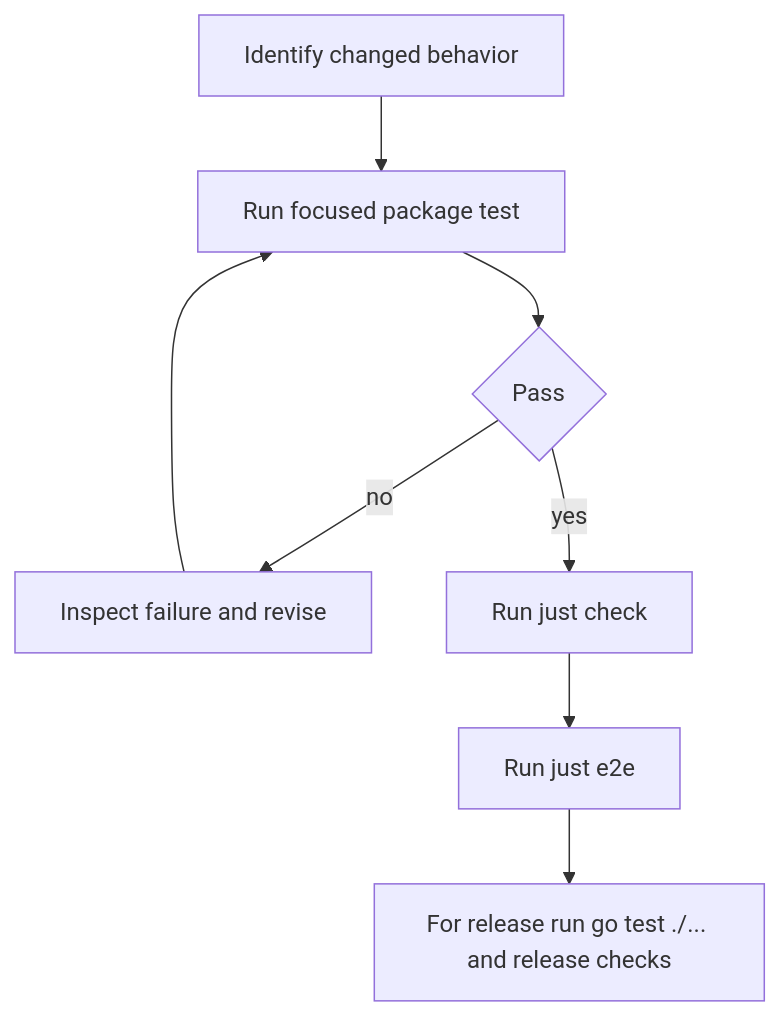
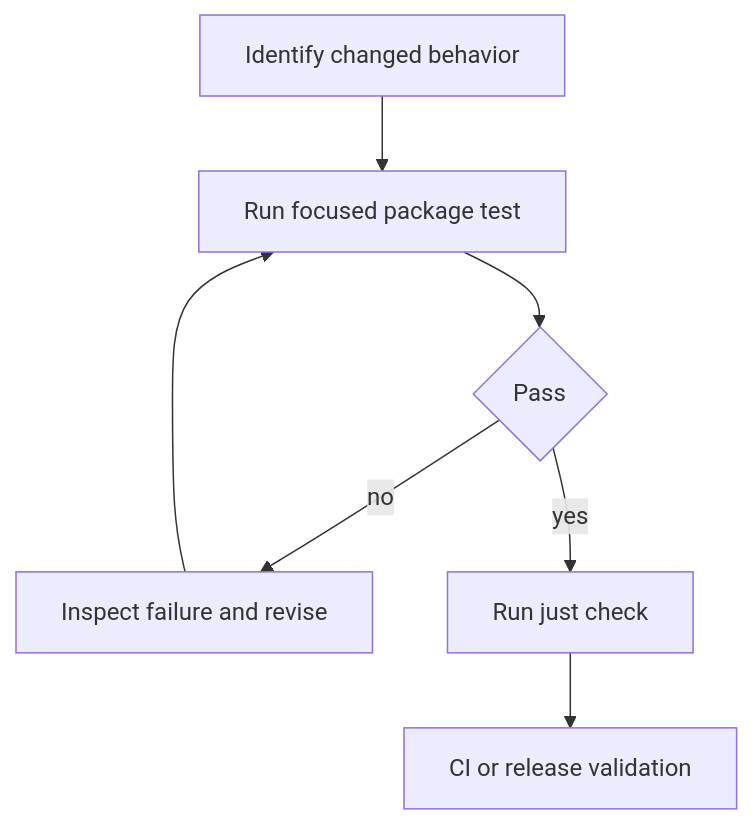
Before and after one commit to nicksenap/grove: the first of 2 diagrams in openwiki/testing.md, drawn with Mermaid. The commit also changed other lines of this file and 26 other files, not shown here.

First line of the commit message:
Prune dead code, make --verbose useful, and gate CI on just check (#124)

````diff
--- a/openwiki/testing.md
+++ b/openwiki/testing.md
@@ -51,10 +77,9 @@
 ```mermaid
 flowchart TD
-    changed["Identify changed behavior"] --> focused["Run focused package test"]
-    focused --> pass1{"Pass"}
-    pass1 -->|"no"| fix["Inspect failure and revise"]
+    change["Identify changed behavior"] --> focused["Run focused package test"]
+    focused --> decision{"Pass"}
+    decision -->|"no"| fix["Inspect failure and revise"]
     fix --> focused
-    pass1 -->|"yes"| check["Run just check"]
-    check --> e2e["Run just e2e"]
-    e2e --> release["For release run go test ./... and release checks"]
+    decision -->|"yes"| gate["Run just check"]
+    gate --> ci["CI or release validation"]
 ```
````
